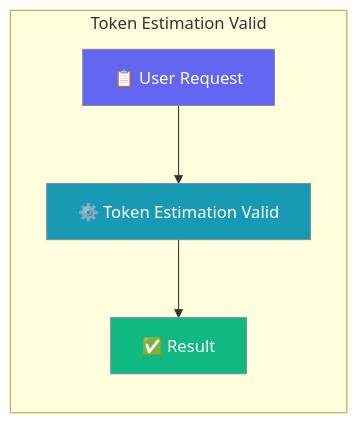
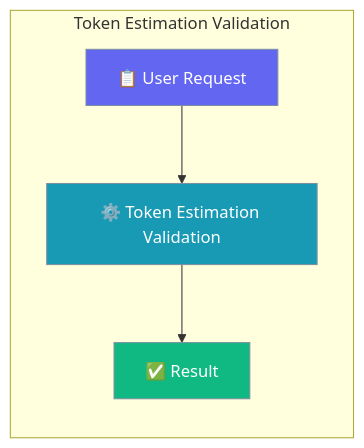
The first of 4 diagrams in docs/features/context-estimation-validation.mdx (MervinPraison/PraisonAIDocs), drawn with Mermaid before and after one commit. The commit also changed other lines of this file and 45 other files, not shown here.

First line of the commit message:
docs: fix truncated Mermaid diagram feature names (22-char cutoff)

````diff
--- a/docs/features/context-estimation-validation.mdx
+++ b/docs/features/context-estimation-validation.mdx
@@ -8,15 +8,15 @@
 ```mermaid
 graph LR
-    subgraph "Token Estimation Valid"
-        Request[📋 User Request] --> Process[⚙️ Token Estimation Valid]
+    subgraph "Token Estimation Validation"
+        Request[📋 User Request] --> Process[⚙️ Token Estimation Validation]
         Process --> Result[✅ Result]
     end
 
     classDef input fill:#6366F1,stroke:#7C90A0,color:#fff
     classDef process fill:#189AB4,stroke:#7C90A0,color:#fff
     classDef output fill:#10B981,stroke:#7C90A0,color:#fff
 
     class Request input
     class Process process
     class Result output
 ```
````
